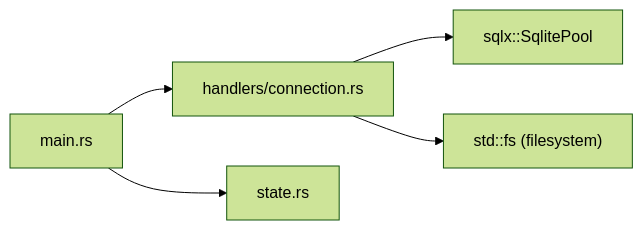
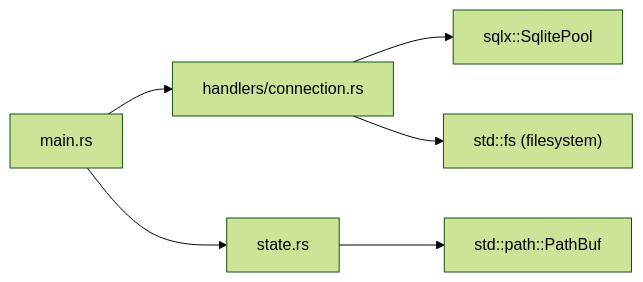
One commit to sutanto1010/crablite changed the fourth of 4 diagrams in .qoder/repowiki/en/content/API Reference/Connection Management.md. Above: the diagram before and after it, drawn with Mermaid (forest theme). The commit also changed other lines of this file and 47 other files, not shown here.

````diff
--- a/.qoder/repowiki/en/content/API Reference/Connection Management.md
+++ b/.qoder/repowiki/en/content/API Reference/Connection Management.md
@@ -224,7 +272,8 @@
 ```mermaid
 graph LR
 A["main.rs"] --> B["handlers/connection.rs"]
 A --> C["state.rs"]
 B --> D["sqlx::SqlitePool"]
 B --> E["std::fs (filesystem)"]
+C --> F["std::path::PathBuf"]
 ```
````
